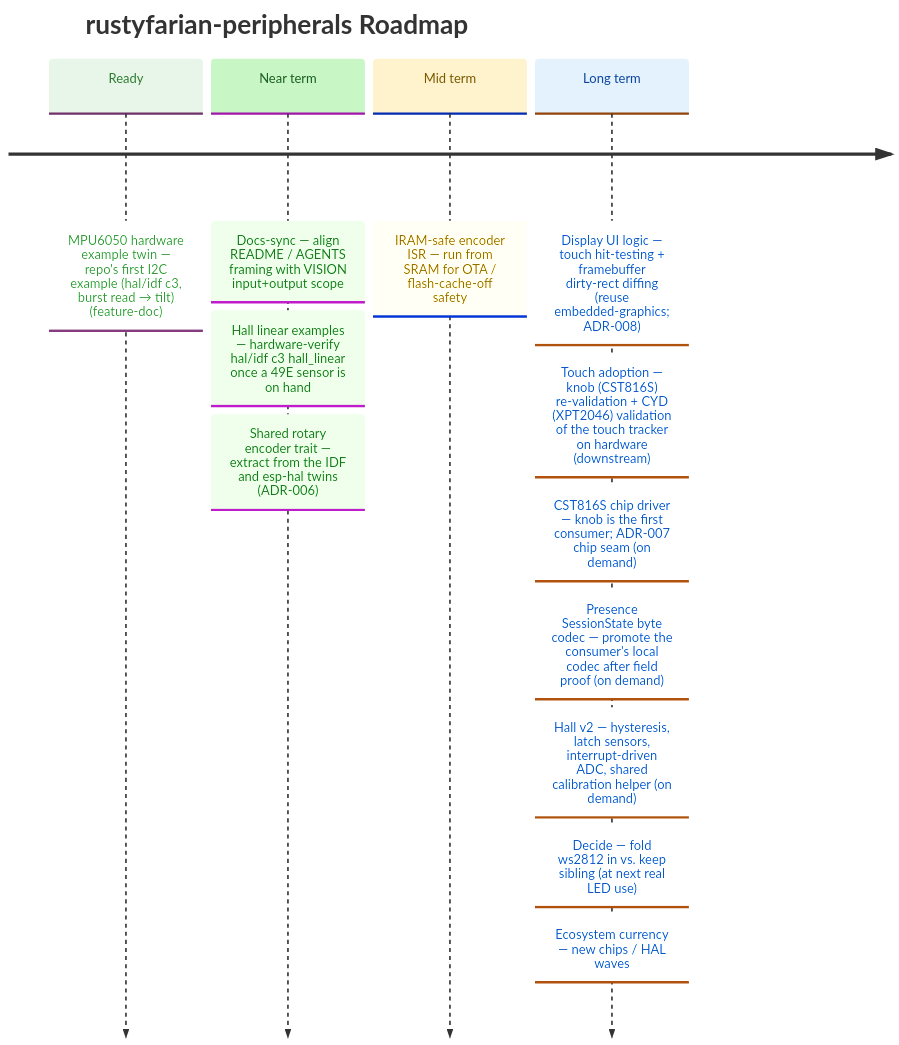
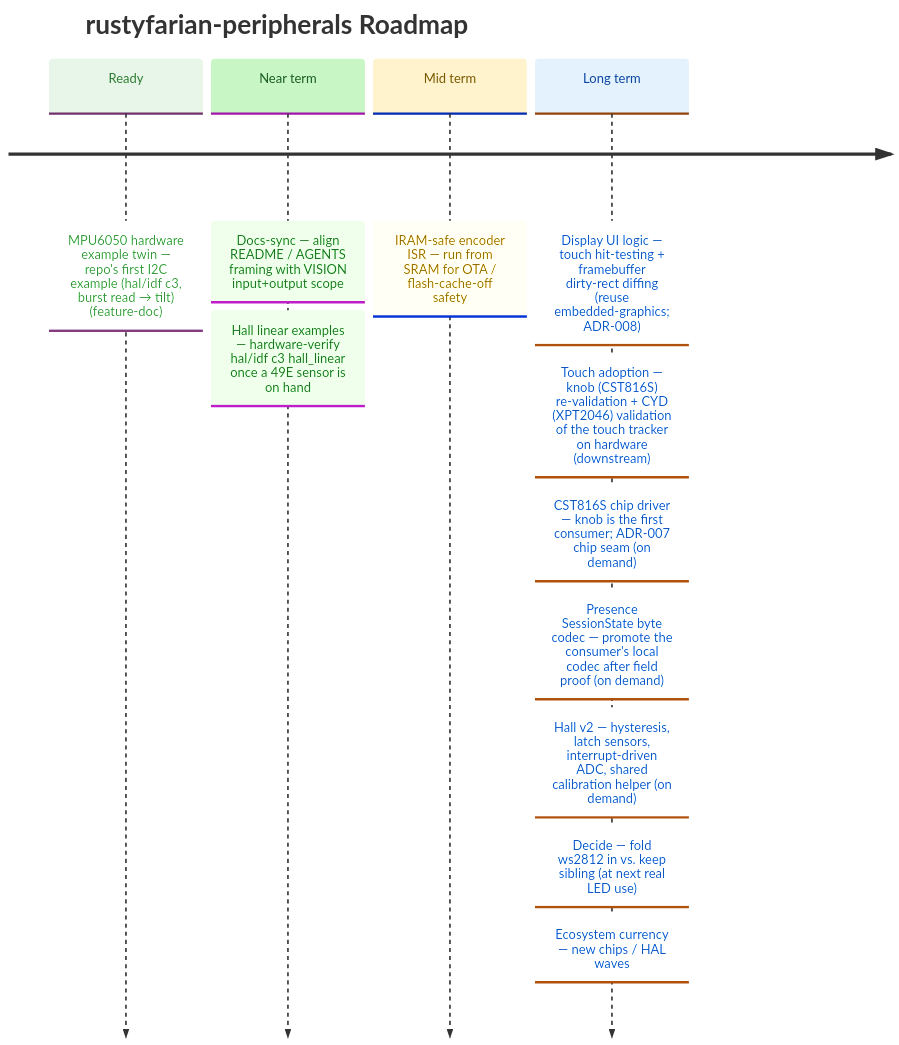
Before and after one commit to datenkollektiv/rustyfarian-peripherals: the diagram in docs/ROADMAP.md, drawn with Mermaid. The commit also changed other lines of this file and 9 other files, not shown here.

Commit message:
Add shared tamer::rotary::RotaryEncoder trait for both ESP tiers

````diff
--- a/docs/ROADMAP.md
+++ b/docs/ROADMAP.md
@@ -10,34 +10,33 @@
 ```mermaid
 %%{init: {
   "theme": "base",
   "themeVariables": {
     "cScale0": "#e8f5e9",
     "cScaleLabel0": "#2e7d32",
     "cScale1": "#c8f7c5",
     "cScaleLabel1": "#1b5e20",
     "cScale2": "#fff3cd",
     "cScaleLabel2": "#7a5a00",
     "cScale3": "#e3f2fd",
     "cScaleLabel3": "#0d47a1"
   }
 }}%%
 
 timeline
     title rustyfarian-peripherals Roadmap
 
     Ready     : MPU6050 hardware example twin — repo's first I2C example (hal/idf c3, burst read → tilt) (feature-doc)
 
     Near term : Docs-sync — align README / AGENTS framing with VISION input+output scope
               : Hall linear examples — hardware-verify hal/idf c3 hall_linear once a 49E sensor is on hand
-              : Shared rotary encoder trait — extract from the IDF and esp-hal twins (ADR-006)
 
     Mid term  : IRAM-safe encoder ISR — run from SRAM for OTA / flash-cache-off safety
 
     Long term : Display UI logic — touch hit-testing + framebuffer dirty-rect diffing (reuse embedded-graphics; ADR-008)
               : Touch adoption — knob (CST816S) re-validation + CYD (XPT2046) validation of the touch tracker on hardware (downstream)
               : CST816S chip driver — knob is the first consumer; ADR-007 chip seam (on demand)
               : Presence SessionState byte codec — promote the consumer's local codec after field proof (on demand)
               : Hall v2 — hysteresis, latch sensors, interrupt-driven ADC, shared calibration helper (on demand)
               : Decide — fold ws2812 in vs. keep sibling (at next real LED use)
               : Ecosystem currency — new chips / HAL waves
 ```
````
